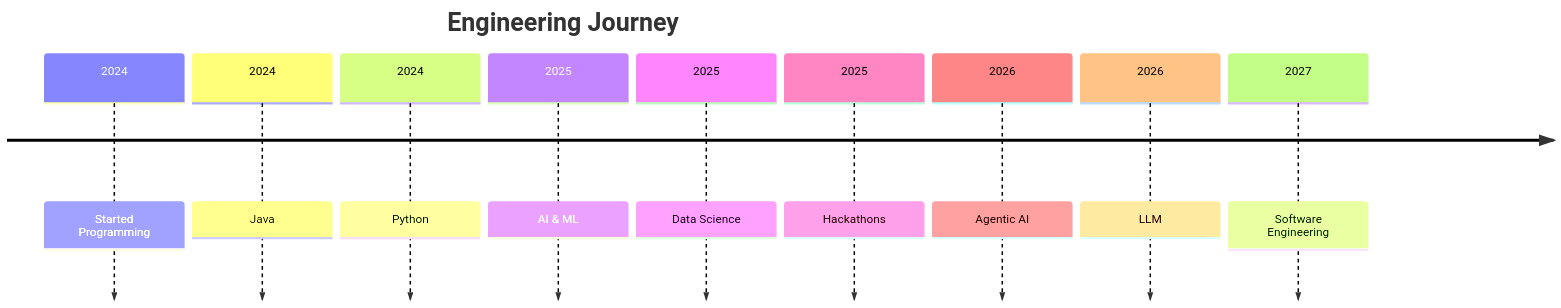
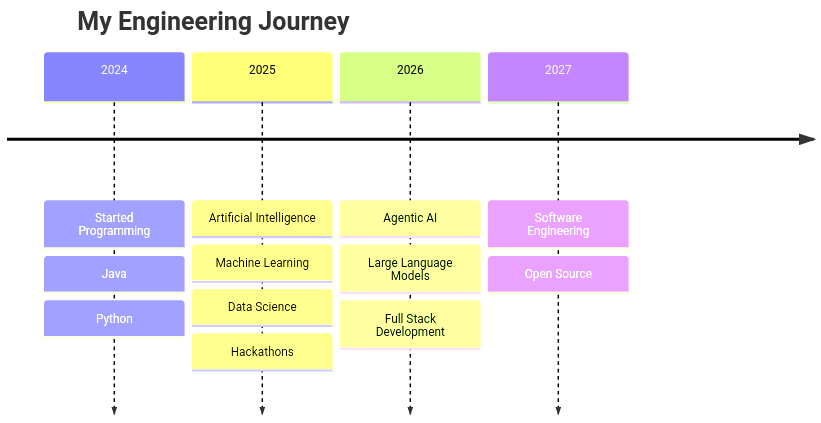
The diagram in README.md (AKASH-M-hub/AKASH-M-hub), drawn with Mermaid before and after one commit. The commit also changed other lines of this file, not shown here.

````diff
--- a/README.md
+++ b/README.md
@@ -430,24 +419,21 @@
 ```mermaid
 timeline
 
-title Engineering Journey
+title My Engineering Journey
 
 2024 : Started Programming
+     : Java
+     : Python
 
-2024 : Java
-
-2024 : Python
-
-2025 : AI & ML
-
-2025 : Data Science
-
-2025 : Hackathons
+2025 : Artificial Intelligence
+     : Machine Learning
+     : Data Science
+     : Hackathons
 
 2026 : Agentic AI
-
-2026 : LLM
+     : Large Language Models
+     : Full Stack Development
 
 2027 : Software Engineering
-
+     : Open Source
 ```
````
